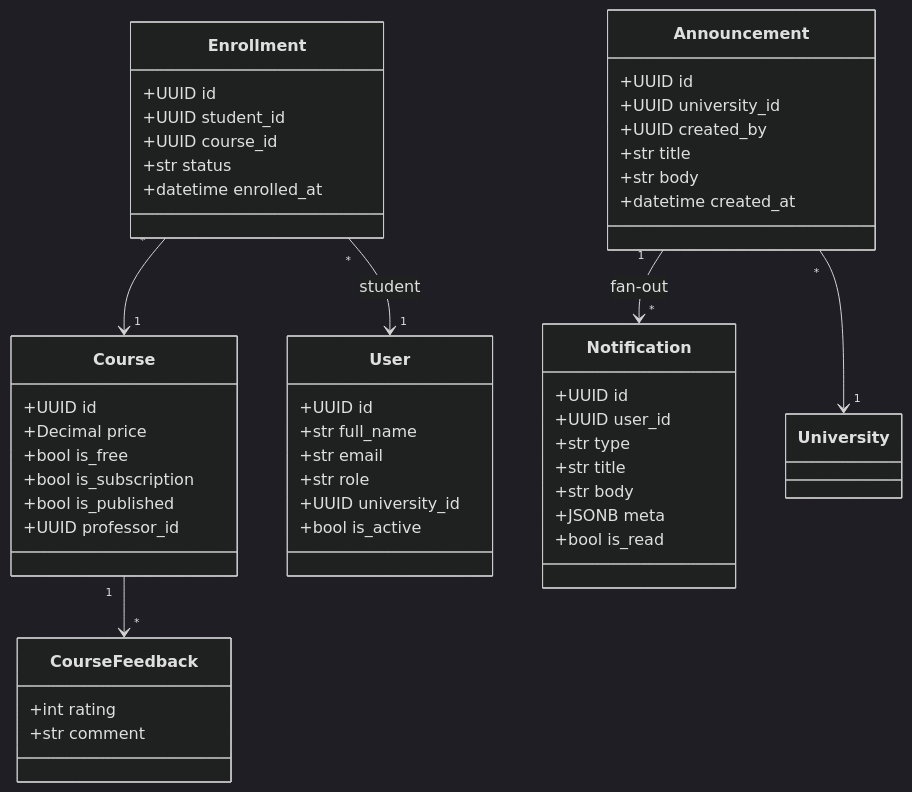
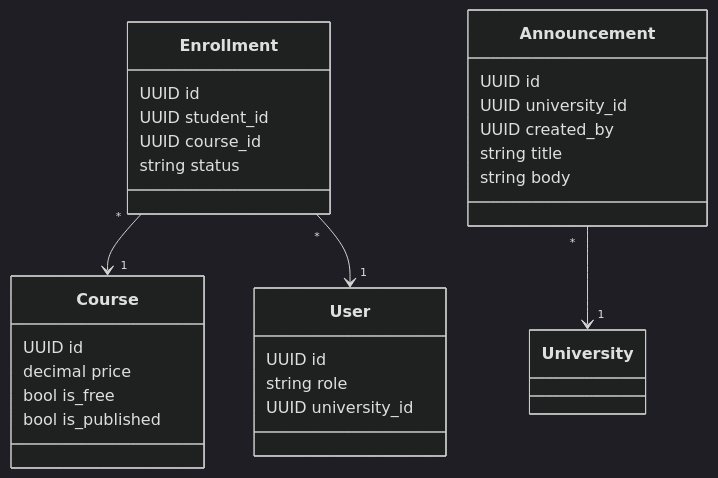
One commit to yazidha09/Hub4Learners changed the second of 4 diagrams in docs/sprints/SPRINT_6.md. Above: the diagram before and after it, drawn with Mermaid (dark theme). The commit also changed other lines of this file and 14 other files, not shown here.

````diff
--- a/docs/sprints/SPRINT_6.md
+++ b/docs/sprints/SPRINT_6.md
@@ -82,58 +72,34 @@
 ```mermaid
 classDiagram
     class Course {
-        +UUID id
-        +Decimal price
-        +bool is_free
-        +bool is_subscription
-        +bool is_published
-        +UUID professor_id
+        UUID id
+        decimal price
+        bool is_free
+        bool is_published
     }
 
     class Enrollment {
-        +UUID id
-        +UUID student_id
-        +UUID course_id
-        +str status
-        +datetime enrolled_at
+        UUID id
+        UUID student_id
+        UUID course_id
+        string status
     }
 
     class User {
-        +UUID id
-        +str full_name
-        +str email
-        +str role
-        +UUID university_id
-        +bool is_active
+        UUID id
+        string role
+        UUID university_id
     }
 
     class Announcement {
-        +UUID id
-        +UUID university_id
-        +UUID created_by
-        +str title
-        +str body
-        +datetime created_at
-    }
-
-    class Notification {
-        +UUID id
-        +UUID user_id
-        +str type
-        +str title
-        +str body
-        +JSONB meta
-        +bool is_read
-    }
-
-    class CourseFeedback {
-        +int rating
-        +str comment
+        UUID id
+        UUID university_id
+        UUID created_by
+        string title
+        string body
     }
 
     Enrollment "*" --> "1" Course
-    Enrollment "*" --> "1" User : student
+    Enrollment "*" --> "1" User
     Announcement "*" --> "1" University
-    Announcement "1" --> "*" Notification : fan-out
-    Course "1" --> "*" CourseFeedback
 ```
````
